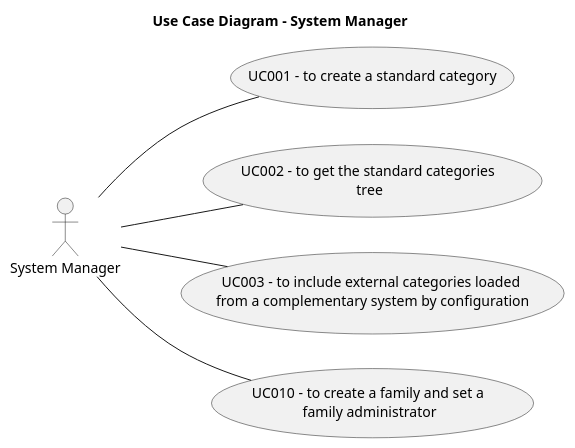
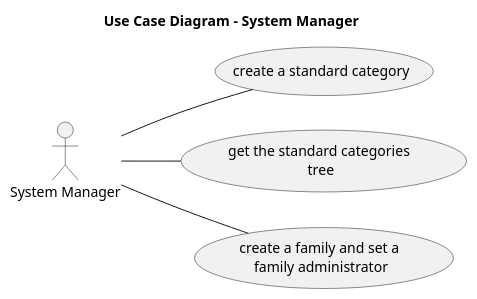
The diagram in docs/sprint6/diagrams/UseCaseDiagramSM.puml (tomas-osswald/switch_2020_g3), drawn with PlantUML before and after one commit. The commit also changed 2 other files, not shown here.

```diff
--- a/docs/sprint6/diagrams/UseCaseDiagramSM.puml
+++ b/docs/sprint6/diagrams/UseCaseDiagramSM.puml
@@ -1,19 +1,17 @@
 @startuml
 
 left to right direction
 
 title Use Case Diagram - System Manager
 
 actor "System Manager" as sm
 
-usecase "UC001 - to create a standard category" as uc001
-usecase "UC002 - to get the standard categories \ntree" as uc002
-usecase "UC003 - to include external categories loaded \nfrom a complementary system by configuration" as uc003
-usecase "UC010 - to create a family and set a \nfamily administrator" as uc010
+usecase "create a standard category" as uc001
+usecase "get the standard categories \ntree" as uc002
+usecase "create a family and set a \nfamily administrator" as uc010
 
 sm -- uc001
 sm -- uc002
-sm -- uc003
 sm -- uc010
 
 @enduml
```
